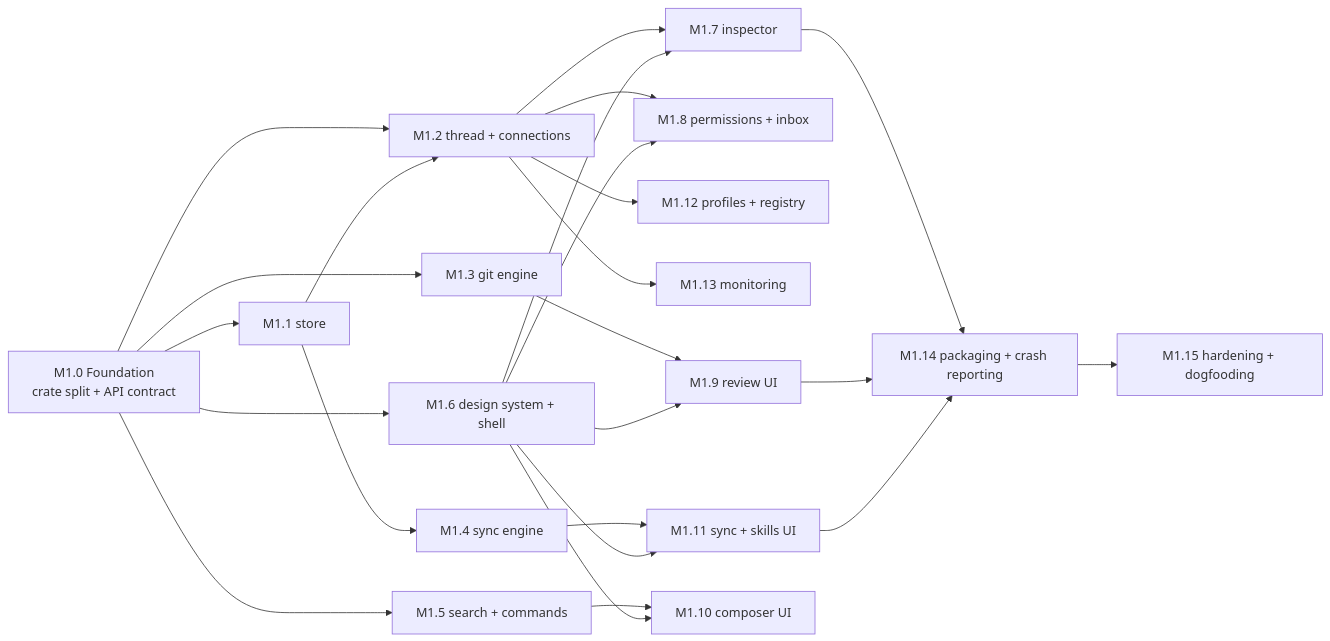
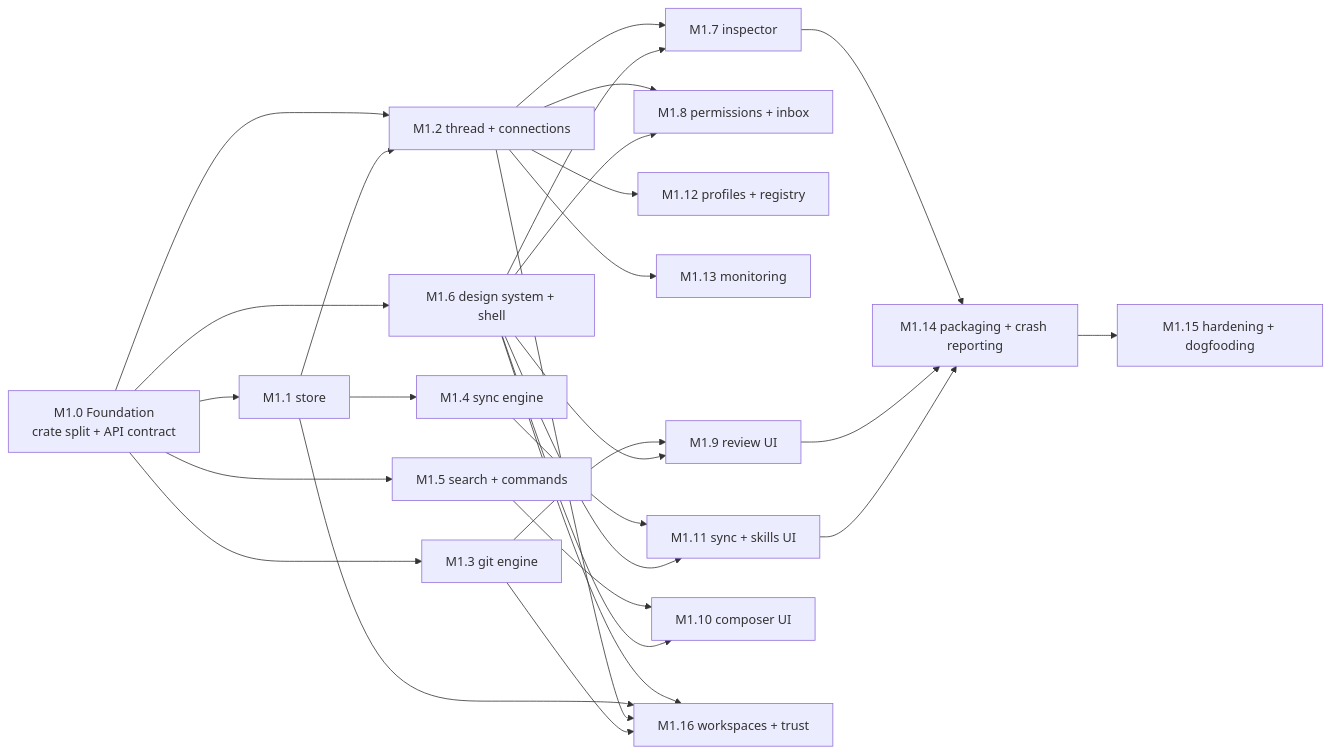
The first of 2 diagrams in docs/milestone.md (Noentic/tethys), drawn with Mermaid before and after one commit. The commit also changed other lines of this file and 4 other files, not shown here.

````diff
--- a/docs/milestone.md
+++ b/docs/milestone.md
@@ -103,27 +104,31 @@
 ```mermaid
 flowchart LR
     M0["M1.0 Foundation<br/>crate split + API contract"]
     M0 --> M1["M1.1 store"]
     M0 --> M2["M1.2 thread + connections"]
     M0 --> M3["M1.3 git engine"]
     M1 --> M4["M1.4 sync engine"]
     M0 --> M5["M1.5 search + commands"]
     M0 --> M6["M1.6 design system + shell"]
     M1 --> M2
     M2 --> M7["M1.7 inspector"]
     M2 --> M8["M1.8 permissions + inbox"]
     M2 --> M12["M1.12 profiles + registry"]
     M2 --> M13["M1.13 monitoring"]
     M3 --> M9["M1.9 review UI"]
     M4 --> M11["M1.11 sync + skills UI"]
     M5 --> M10["M1.10 composer UI"]
     M6 --> M7
     M6 --> M8
     M6 --> M9
     M6 --> M10
     M6 --> M11
+    M6 --> M16["M1.16 workspaces + trust"]
+    M1 --> M16
+    M2 --> M16
+    M3 --> M16
     M7 --> M14["M1.14 packaging + crash reporting"]
     M9 --> M14
     M11 --> M14
     M14 --> M15["M1.15 hardening + dogfooding"]
 ```
````
